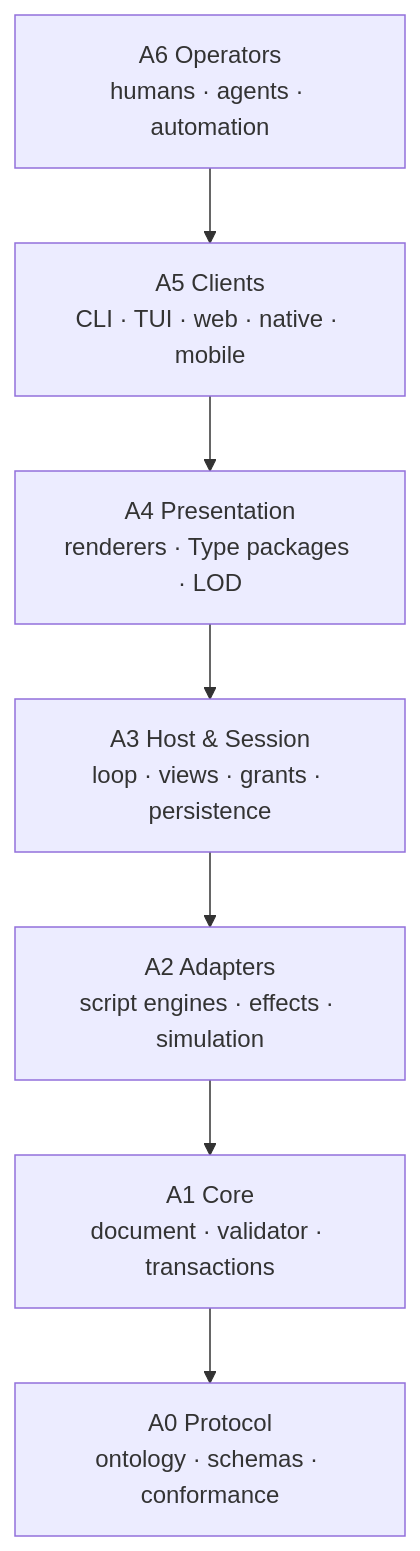
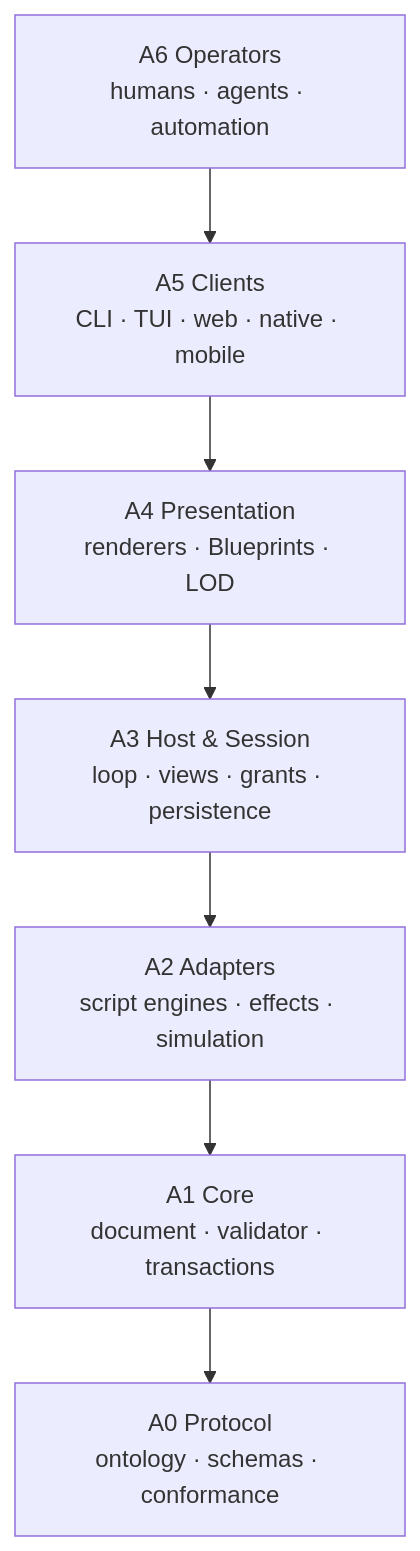
Before and after one commit to blockieslabs/home: the diagram in README.md, drawn with Mermaid. The commit also changed other lines of this file, not shown here.

Commit message:
home: record the vocabulary rename and the 46th decision
D-046 renamed the vocabulary; the entry point now says 46 decisions and uses
'Blueprints' in the layer stack.

````diff
--- a/README.md
+++ b/README.md
@@ -40,9 +40,9 @@
 ```mermaid
 flowchart TB
   A6["A6 Operators<br/>humans · agents · automation"] --> A5["A5 Clients<br/>CLI · TUI · web · native · mobile"]
-  A5 --> A4["A4 Presentation<br/>renderers · Type packages · LOD"]
+  A5 --> A4["A4 Presentation<br/>renderers · Blueprints · LOD"]
   A4 --> A3["A3 Host &amp; Session<br/>loop · views · grants · persistence"]
   A3 --> A2["A2 Adapters<br/>script engines · effects · simulation"]
   A2 --> A1["A1 Core<br/>document · validator · transactions"]
   A1 --> A0["A0 Protocol<br/>ontology · schemas · conformance"]
 ```
````
